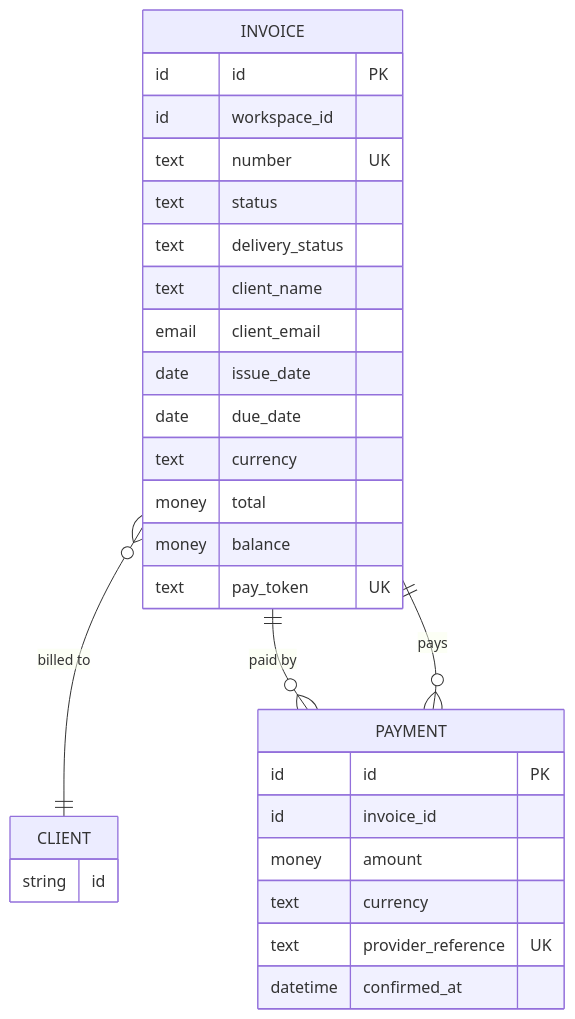
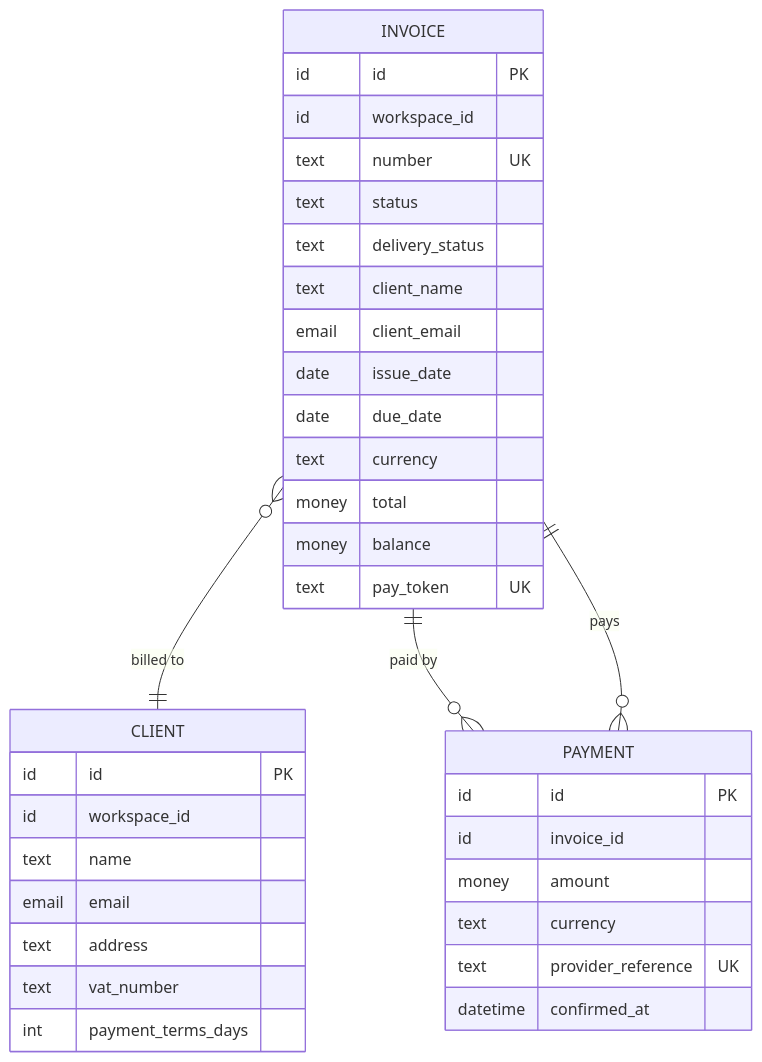
One commit to elendil-tech/magik-harness changed the third of 3 diagrams in product-definition-system/examples/ledgerly/views/specs/CAP-collect-payments.md. Above: the diagram before and after it, drawn with Mermaid. The commit also changed other lines of this file and 27 other files, not shown here.

````diff
--- a/product-definition-system/examples/ledgerly/views/specs/CAP-collect-payments.md
+++ b/product-definition-system/examples/ledgerly/views/specs/CAP-collect-payments.md
@@ -155,32 +156,38 @@
 ```mermaid
 erDiagram
   INVOICE {
     id id PK
     id workspace_id
     text number UK
     text status
     text delivery_status
     text client_name
     email client_email
     date issue_date
     date due_date
     text currency
     money total
     money balance
     text pay_token UK
   }
   PAYMENT {
     id id PK
     id invoice_id
     money amount
     text currency
     text provider_reference UK
     datetime confirmed_at
   }
   CLIENT {
-    string id
+    id id PK
+    id workspace_id
+    text name
+    email email
+    text address
+    text vat_number
+    int payment_terms_days
   }
   INVOICE }o--|| CLIENT : "billed to"
   INVOICE ||--o{ PAYMENT : "paid by"
   PAYMENT }o--|| INVOICE : "pays"
 ```
````
